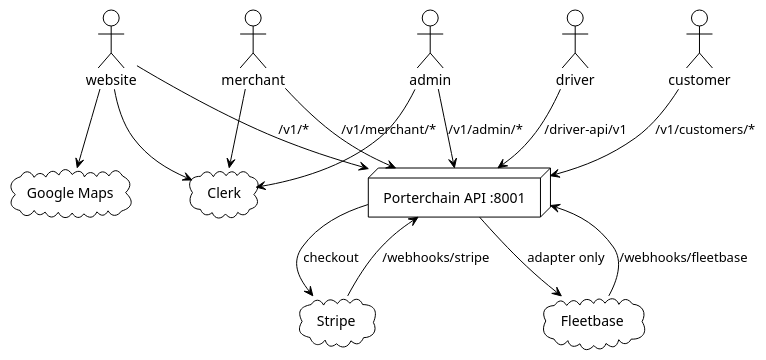
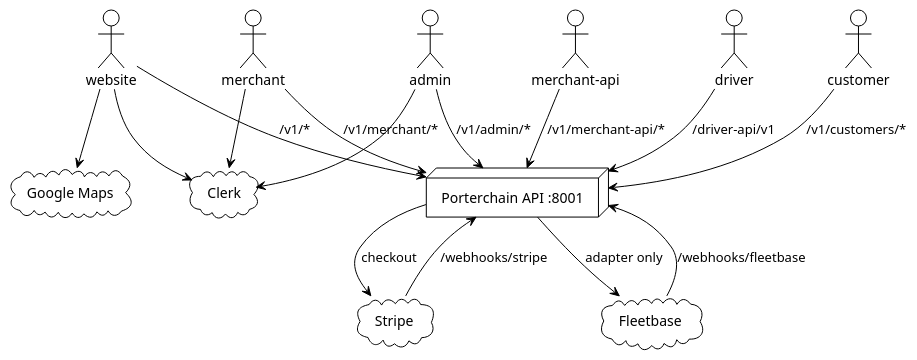
One commit to PORTERCHAIN-INC/PCD changed the diagram in docs/architecture/plantuml/api_dependency.puml. Above: the diagram before and after it, drawn with PlantUML. The commit also changed 453 other files, not shown here.

```diff
--- a/docs/architecture/plantuml/api_dependency.puml
+++ b/docs/architecture/plantuml/api_dependency.puml
@@ -1,27 +1,29 @@
 @startuml api_dependency
 !theme plain
 actor website
 actor merchant
+actor "merchant-api" as mapi
 actor admin
 actor driver
 actor customer
 node "Porterchain API :8001" as API
 cloud Stripe
 cloud Fleetbase
 cloud Clerk
 cloud "Google Maps" as GMAPS
 
 website --> API : /v1/*
 merchant --> API : /v1/merchant/*
+mapi --> API : /v1/merchant-api/*
 admin --> API : /v1/admin/*
 driver --> API : /driver-api/v1
 customer --> API : /v1/customers/*
 Stripe --> API : /webhooks/stripe
 Fleetbase --> API : /webhooks/fleetbase
 website --> Clerk
 merchant --> Clerk
 admin --> Clerk
 website --> GMAPS
 API --> Fleetbase : adapter only
 API --> Stripe : checkout
 @enduml
```
